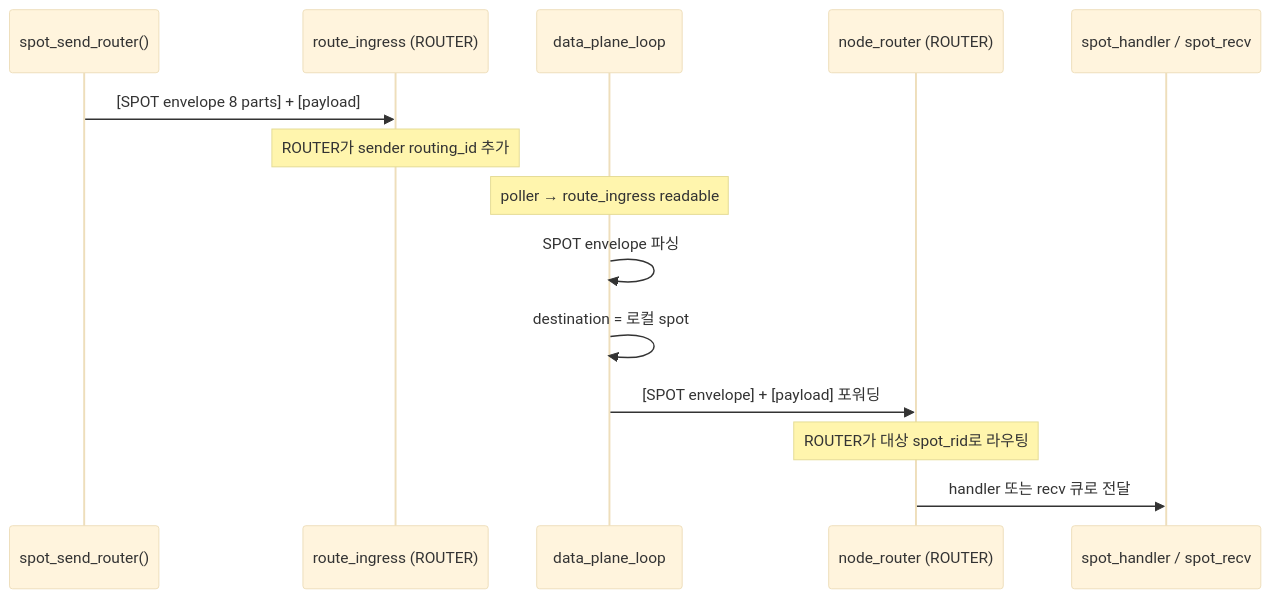
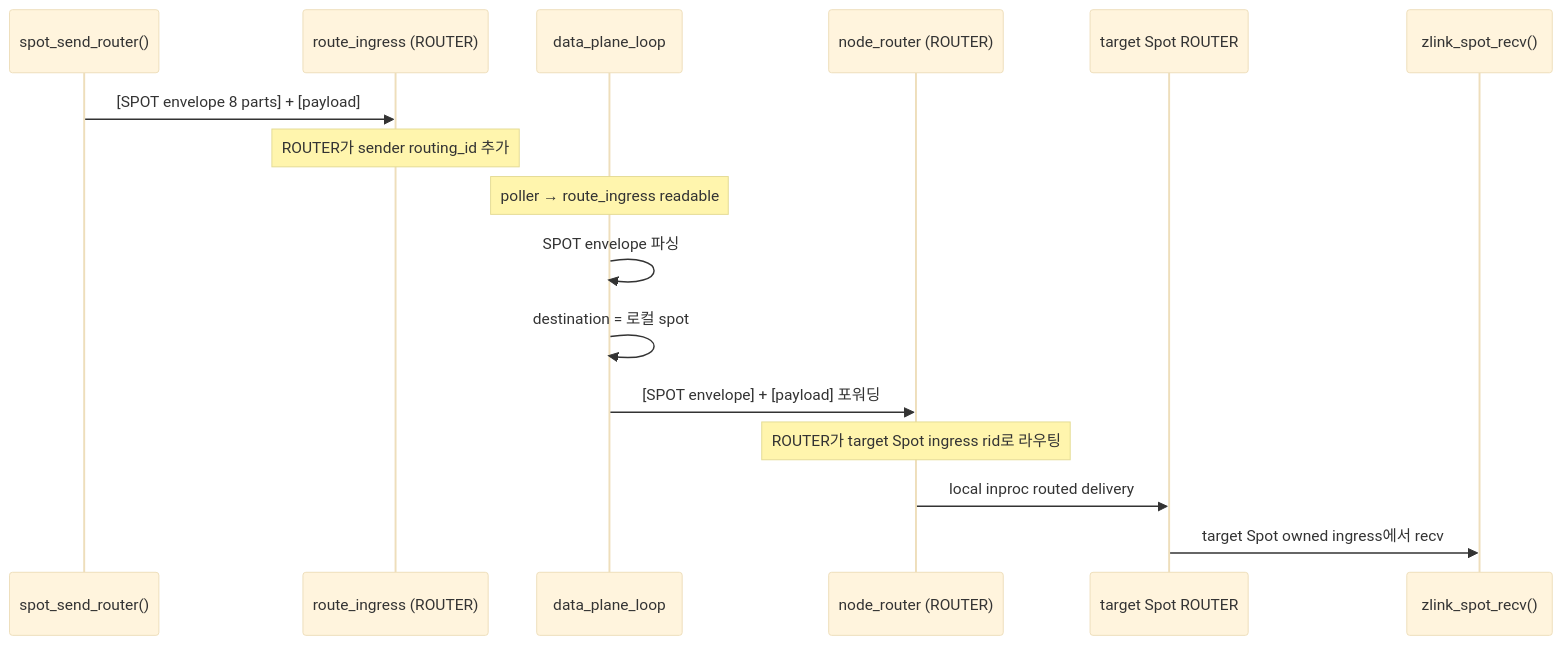
Before and after one commit to kairos-code-dev/zlink: the eighth of 15 diagrams in doc/internals/spot-internals.ko.md, drawn with Mermaid (base theme). The commit also changed other lines of this file and 132 other files, not shown here.

````diff
--- a/doc/internals/spot-internals.ko.md
+++ b/doc/internals/spot-internals.ko.md
@@ -228,17 +235,19 @@
 ```mermaid
 sequenceDiagram
     participant Sender as spot_send_router()
     participant RouteIn as route_ingress (ROUTER)
     participant DP as data_plane_loop
     participant NodeRouter as node_router (ROUTER)
-    participant Receiver as spot_handler / spot_recv
+    participant SpotRouter as target Spot ROUTER
+    participant Receiver as zlink_spot_recv()
 
     Sender->>RouteIn: [SPOT envelope 8 parts] + [payload]
     Note over RouteIn: ROUTER가 sender routing_id 추가
     Note over DP: poller → route_ingress readable
     DP->>DP: SPOT envelope 파싱
     DP->>DP: destination = 로컬 spot
     DP->>NodeRouter: [SPOT envelope] + [payload] 포워딩
-    Note over NodeRouter: ROUTER가 대상 spot_rid로 라우팅
-    NodeRouter->>Receiver: handler 또는 recv 큐로 전달
+    Note over NodeRouter: ROUTER가 target Spot ingress rid로 라우팅
+    NodeRouter->>SpotRouter: local inproc routed delivery
+    SpotRouter->>Receiver: target Spot owned ingress에서 recv
 ```
````
